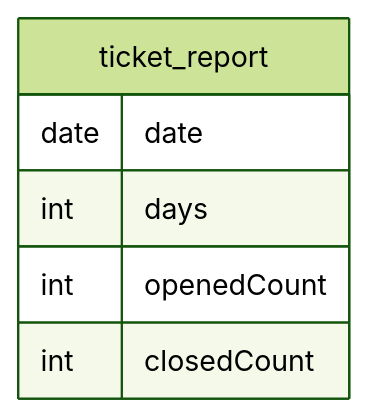
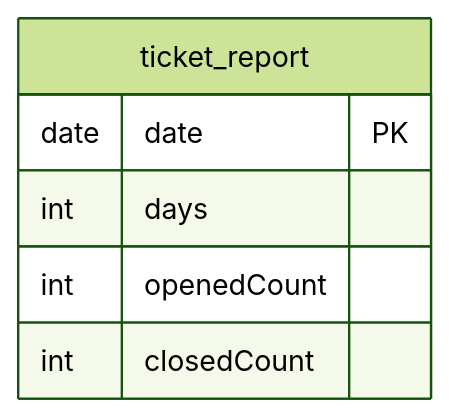
One commit to coinhub-uit/coinhub-uit.github.io changed the first of 2 diagrams in docs/diagrams/database/ticket-report.md. Above: the diagram before and after it, drawn with Mermaid (forest theme). The commit also changed 4 other files, not shown here.

````diff
--- a/docs/diagrams/database/ticket-report.md
+++ b/docs/diagrams/database/ticket-report.md
@@ -11,9 +11,9 @@
 ```mermaid
 erDiagram
   ticket_report {
-    date date
+    date date PK
     int days
     int openedCount
     int closedCount
   }
 ```
````
